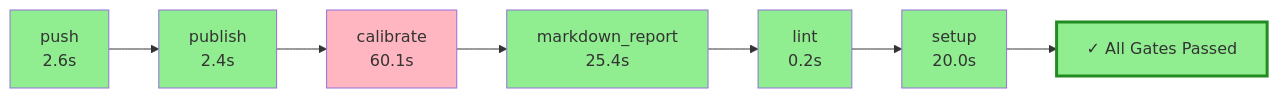
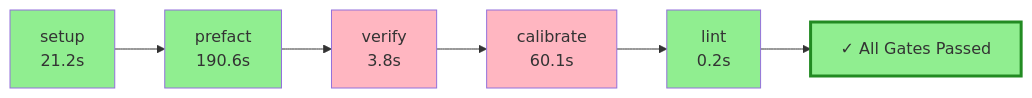
Before and after one commit to wronai/fixos: the diagram in .pyqual/report.md, drawn with Mermaid. The commit also changed other lines of this file and 8 other files, not shown here.

````diff
--- a/.pyqual/report.md
+++ b/.pyqual/report.md
@@ -10,23 +10,20 @@
 ```mermaid
 flowchart LR
-    S0["push<br/>2.6s"]
+    S0["setup<br/>21.2s"]
     style S0 fill:#90EE90
-    S1["publish<br/>2.4s"]
+    S1["prefact<br/>190.6s"]
     style S1 fill:#90EE90
     S0 --> S1
-    S2["calibrate<br/>60.1s"]
+    S2["verify<br/>3.8s"]
     style S2 fill:#FFB6C1
     S1 --> S2
-    S3["markdown_report<br/>25.4s"]
-    style S3 fill:#90EE90
+    S3["calibrate<br/>60.1s"]
+    style S3 fill:#FFB6C1
     S2 --> S3
     S4["lint<br/>0.2s"]
     style S4 fill:#90EE90
     S3 --> S4
-    S5["setup<br/>20.0s"]
-    style S5 fill:#90EE90
-    S4 --> S5
     G["✓ All Gates Passed"]
     style G fill:#90EE90,stroke:#228B22,stroke-width:3px
-    S5 --> G
+    S4 --> G
 ```
````
